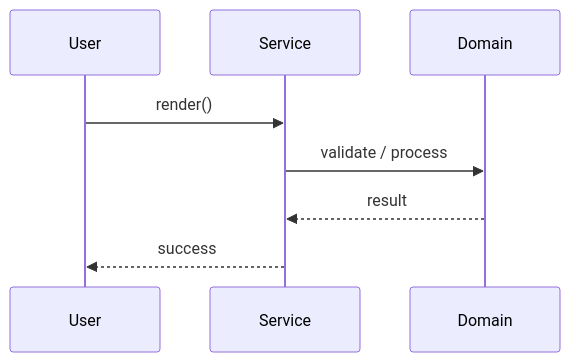
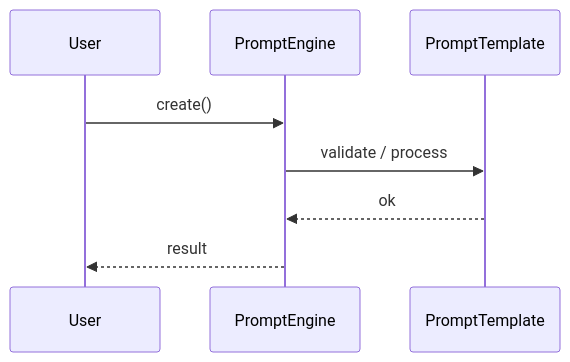
Before and after one commit to madhupaila/Interview-Prep-SSE: the second of 3 diagrams in Learn/System Design - Low Level Design/05-genai-llm-lld/questions/Q03-prompt-template-engine.md, drawn with Mermaid. The commit also changed other lines of this file and 491 other files, not shown here.

````diff
--- a/Learn/System Design - Low Level Design/05-genai-llm-lld/questions/Q03-prompt-template-engine.md
+++ b/Learn/System Design - Low Level Design/05-genai-llm-lld/questions/Q03-prompt-template-engine.md
@@ -121,10 +149,10 @@
 ```mermaid
 sequenceDiagram
-    participant U as User
-    participant S as Service
-    participant D as Domain
-    U->>S: render()
-    S->>D: validate / process
-    D-->>S: result
-    S-->>U: success
+participant U as User
+participant S as PromptEngine
+participant D as PromptTemplate
+U->>S: create()
+S->>D: validate / process
+D-->>S: ok
+S-->>U: result
 ```
````
